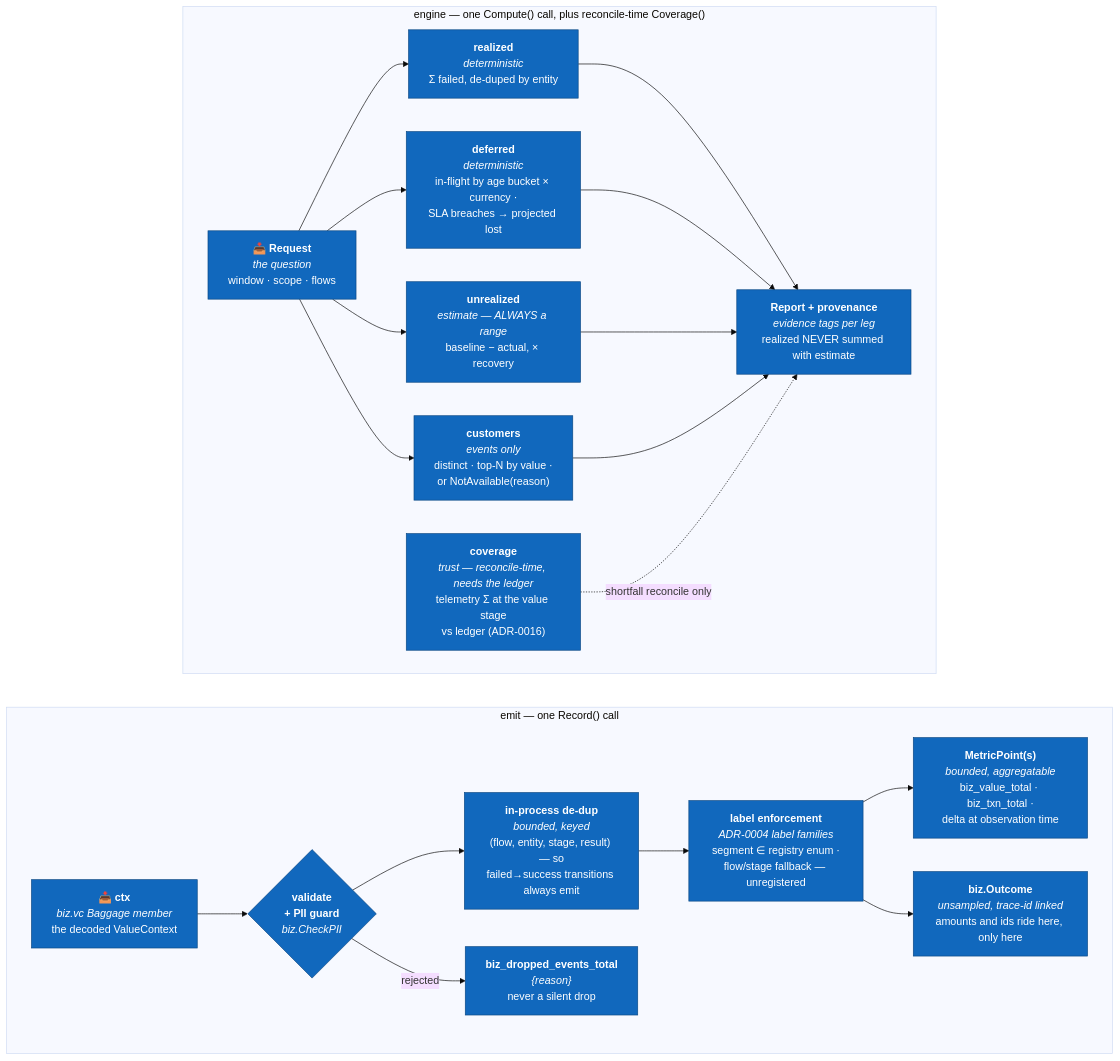
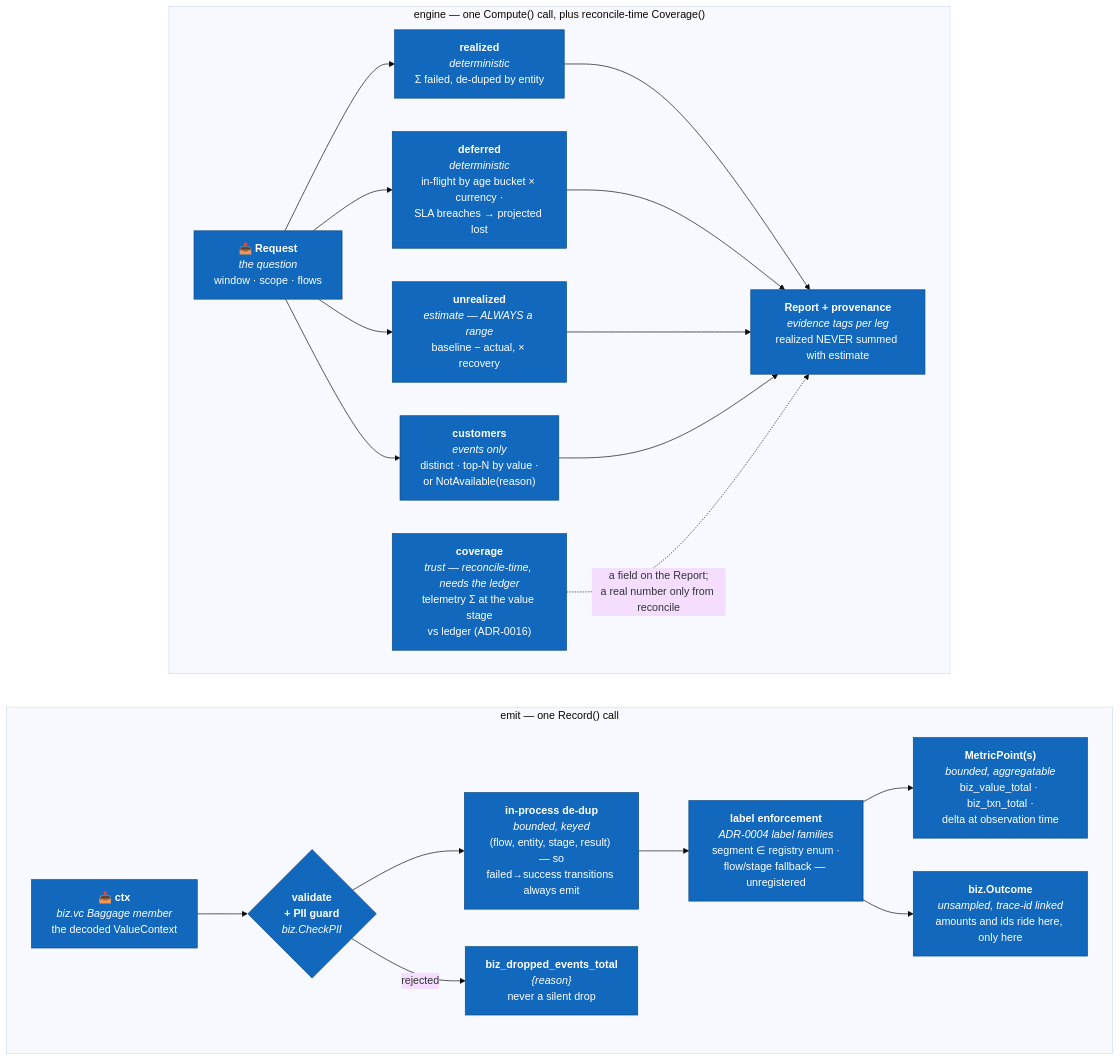
The diagram in docs/architecture/c4-l3-components.md (NightWatchEng/shortfall), drawn with Mermaid (base theme) before and after one commit. The commit also changed other lines of this file and 1 other file, not shown here.

````diff
--- a/docs/architecture/c4-l3-components.md
+++ b/docs/architecture/c4-l3-components.md
@@ -16,34 +16,34 @@
 ```mermaid
 flowchart LR
     subgraph capture["emit — one Record() call"]
         direction LR
         CTX["📥 <b>ctx</b><br/><i>biz.vc Baggage member</i><br/>the decoded ValueContext"]
         VAL{"<b>validate<br/>+ PII guard</b><br/><i>biz.CheckPII</i>"}
         DEDUP["<b>in-process de-dup</b><br/><i>bounded, keyed</i><br/>(flow, entity, stage, result) — so<br/>failed→success transitions always emit"]
         LABELS["<b>label enforcement</b><br/><i>ADR-0004 label families</i><br/>segment ∈ registry enum ·<br/>flow/stage fallback — unregistered"]
         MP["<b>MetricPoint(s)</b><br/><i>bounded, aggregatable</i><br/>biz_value_total · biz_txn_total ·<br/>delta at observation time"]
         OUT["<b>biz.Outcome</b><br/><i>unsampled, trace-id linked</i><br/>amounts and ids ride here, only here"]
         DROP["<b>biz_dropped_events_total</b><br/><i>{reason}</i><br/>never a silent drop"]
         CTX --> VAL --> DEDUP --> LABELS
         LABELS --> MP
         LABELS --> OUT
         VAL -->|"rejected"| DROP
     end
 
     subgraph engine["engine — one Compute() call, plus reconcile-time Coverage()"]
         direction LR
         REQ["📥 <b>Request</b><br/><i>the question</i><br/>window · scope · flows"]
         REAL["<b>realized</b><br/><i>deterministic</i><br/>Σ failed, de-duped by entity"]
         DEF["<b>deferred</b><br/><i>deterministic</i><br/>in-flight by age bucket × currency ·<br/>SLA breaches → projected lost"]
         UNREAL["<b>unrealized</b><br/><i>estimate — ALWAYS a range</i><br/>baseline − actual, × recovery"]
         CUST["<b>customers</b><br/><i>events only</i><br/>distinct · top-N by value ·<br/>or NotAvailable(reason)"]
         COV["<b>coverage</b><br/><i>trust — reconcile-time, needs the ledger</i><br/>telemetry Σ at the value stage<br/>vs ledger (ADR-0016)"]
         REP["<b>Report + provenance</b><br/><i>evidence tags per leg</i><br/>realized NEVER summed with estimate"]
         REQ --> REAL & DEF & UNREAL & CUST --> REP
-        COV -.->|"shortfall reconcile only"| REP
+        COV -.->|"a field on the Report;<br/>a real number only from reconcile"| REP
     end
 
     classDef core fill:#1168bd,stroke:#0b4884,color:#fff;
     class CTX,VAL,DEDUP,LABELS,MP,OUT,DROP core;
     class REQ,REAL,DEF,UNREAL,CUST,COV,REP core;
 ```
````
